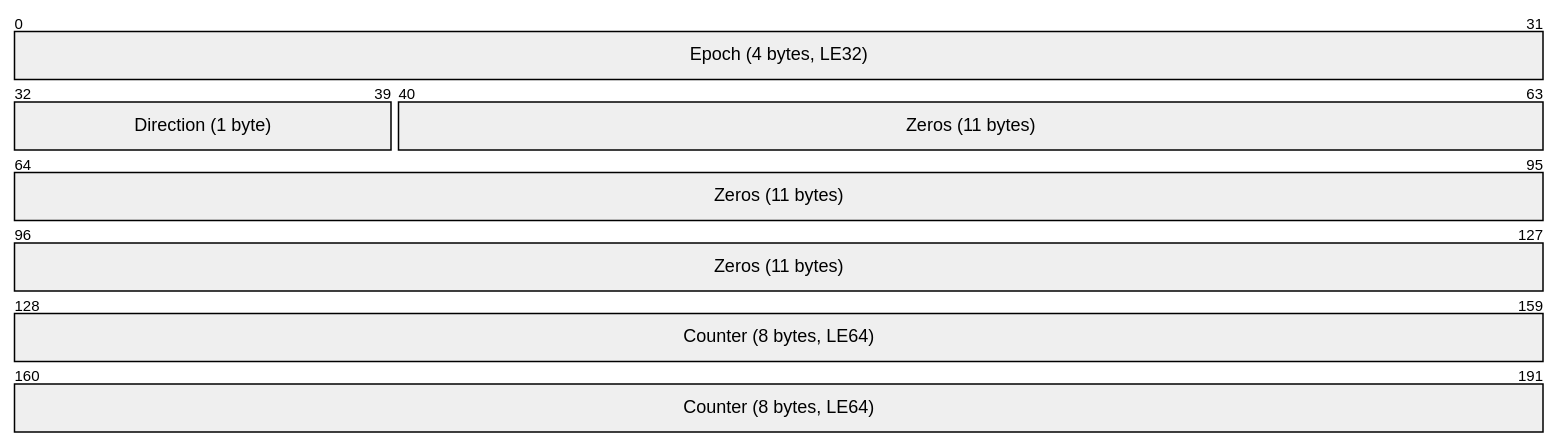
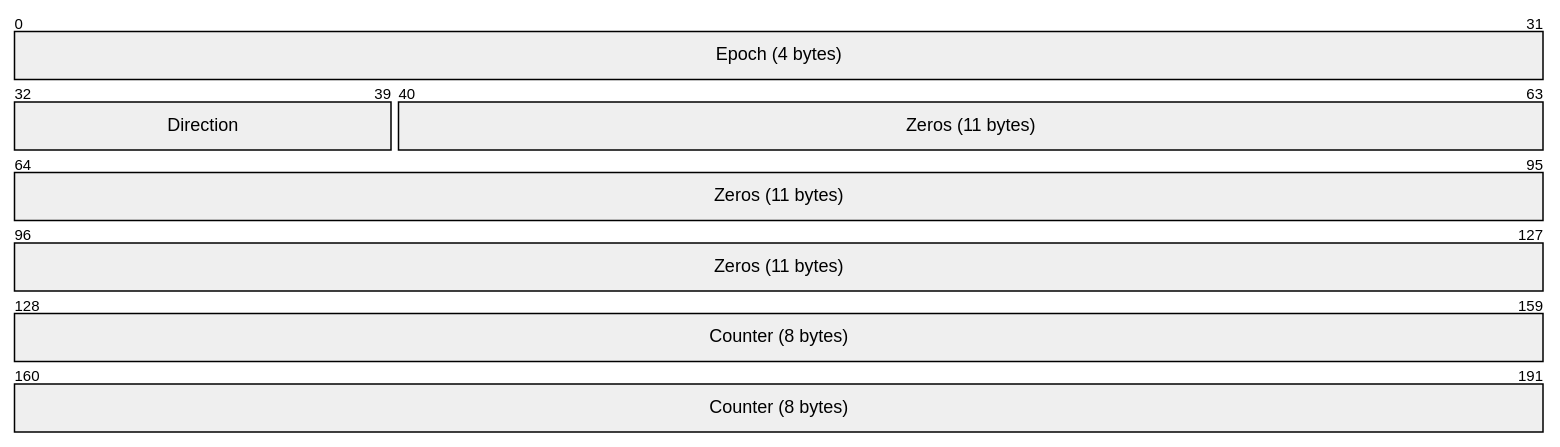
One commit to DanEscher98/nomad-specs changed the fourth of 6 diagrams in specs/SECURITY.md. Above: the diagram before and after it, drawn with Mermaid. The commit also changed other lines of this file and 5 other files, not shown here.

First line of the commit message:
fix: convert packet-beta to packet with +count syntax

````diff
--- a/specs/SECURITY.md
+++ b/specs/SECURITY.md
@@ -130,7 +130,7 @@
 ```mermaid
-packet-beta
-  0-31: "Epoch (4 bytes, LE32)"
-  32-39: "Direction (1 byte)"
-  40-127: "Zeros (11 bytes)"
-  128-191: "Counter (8 bytes, LE64)"
+packet
+  +32: "Epoch (4 bytes)"
+  +8: "Direction"
+  +88: "Zeros (11 bytes)"
+  +64: "Counter (8 bytes)"
 ```
````
